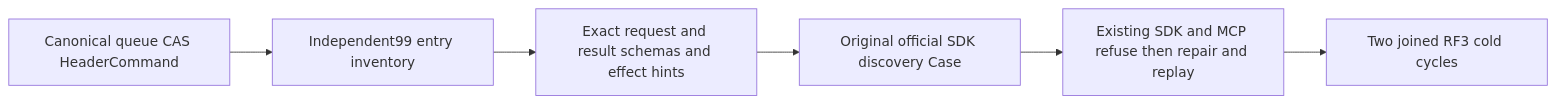
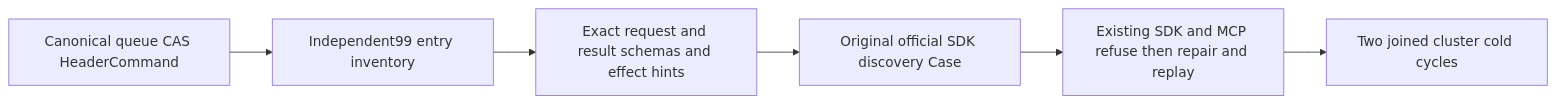
The diagram in docs/Features/ClientApi/QueueDispatchCatalogCohort.md (managedcode/KeyLoad), drawn with Mermaid before and after one commit. The commit also changed other lines of this file and 7356 other files, not shown here.

````diff
--- a/docs/Features/ClientApi/QueueDispatchCatalogCohort.md
+++ b/docs/Features/ClientApi/QueueDispatchCatalogCohort.md
@@ -15,8 +15,8 @@
 ```mermaid
 flowchart LR
   C[Canonical queue CAS HeaderCommand] --> I[Independent99 entry inventory]
   I --> S[Exact request and result schemas and effect hints]
   S --> D[Original official SDK discovery Case]
   D --> R[Existing SDK and MCP refuse then repair and replay]
-  R --> K[Two joined RF3 cold cycles]
+  R --> K[Two joined cluster cold cycles]
 ```
````
